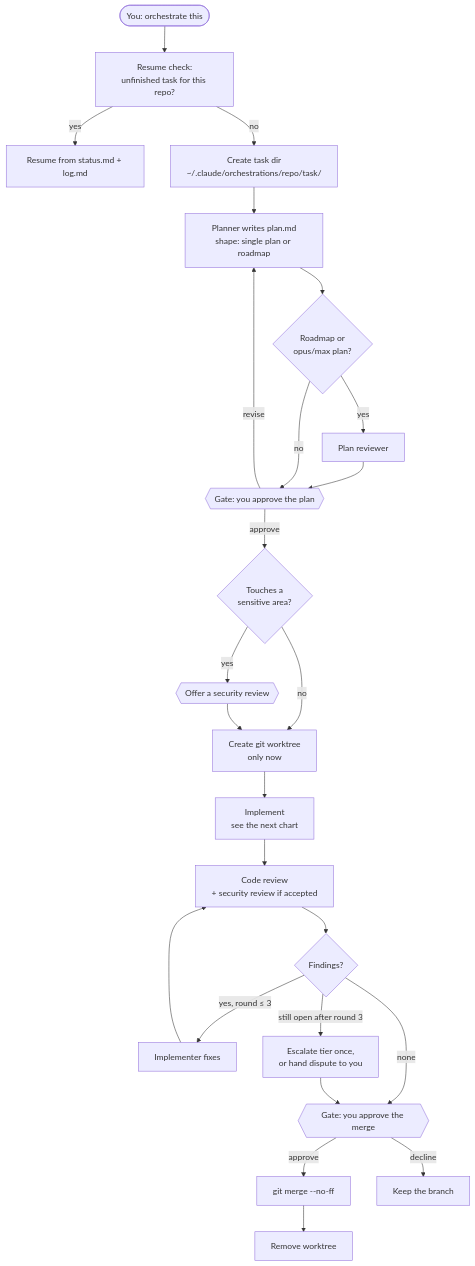
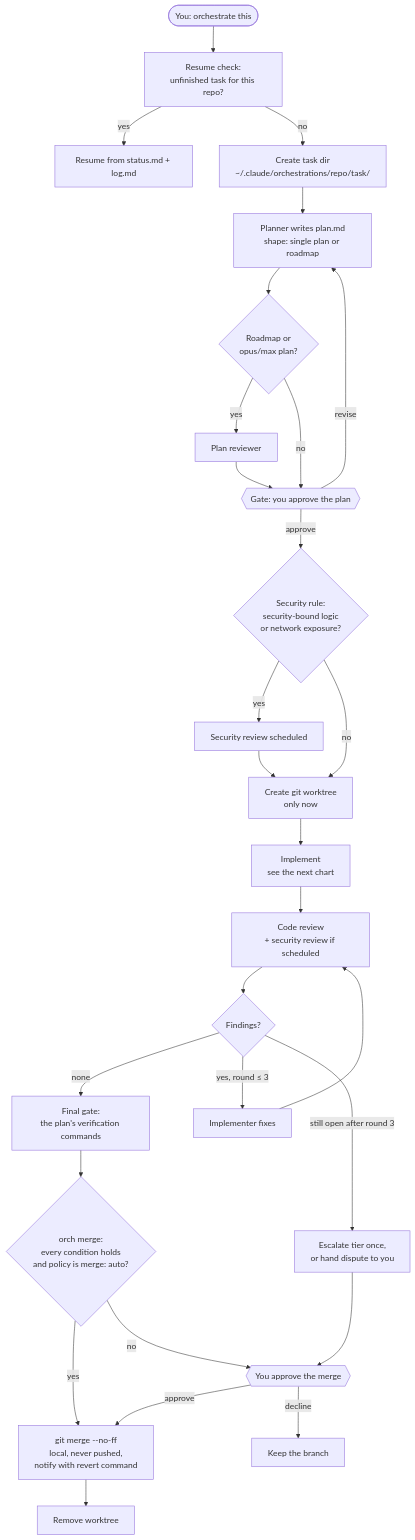
One commit to ijat/orch changed the second of 6 diagrams in README.md. Above: the diagram before and after it, drawn with Mermaid. The commit also changed other lines of this file and 111 other files, not shown here.

First line of the commit message:
Token replan: orch CLI, briefs, guarded auto-merge, migrate, dashboard, stop policy

````diff
--- a/README.md
+++ b/README.md
@@ -120,24 +137,28 @@
 ```mermaid
 flowchart TD
     A([You: orchestrate this]) --> B[Resume check:<br/>unfinished task for this repo?]
     B -->|yes| R[Resume from status.md + log.md]
     B -->|no| C[Create task dir<br/>~/.claude/orchestrations/repo/task/]
     C --> P[Planner writes plan.md<br/>shape: single plan or roadmap]
     P --> PR{Roadmap or<br/>opus/max plan?}
     PR -->|yes| PRV[Plan reviewer] --> G1
     PR -->|no| G1{{Gate: you approve the plan}}
     G1 -->|revise| P
-    G1 -->|approve| S{Touches a<br/>sensitive area?}
-    S -->|yes| SO{{Offer a security review}}
+    G1 -->|approve| S{Security rule:<br/>security-bound logic<br/>or network exposure?}
+    S -->|yes| SO[Security review scheduled]
     S -->|no| W
     SO --> W[Create git worktree<br/>only now]
     W --> I[Implement<br/>see the next chart]
-    I --> CR[Code review<br/>+ security review if accepted]
+    I --> CR[Code review<br/>+ security review if scheduled]
     CR --> F{Findings?}
-    F -->|none| G2
+    F -->|none| GT[Final gate:<br/>the plan's verification commands]
     F -->|yes, round ≤ 3| FX[Implementer fixes] --> CR
     F -->|still open after round 3| ESC[Escalate tier once,<br/>or hand dispute to you]
-    ESC --> G2{{Gate: you approve the merge}}
-    G2 -->|approve| M[git merge --no-ff] --> CL[Remove worktree]
+    ESC --> G2
+    GT --> MG{orch merge:<br/>every condition holds<br/>and policy is merge: auto?}
+    MG -->|yes| M[git merge --no-ff<br/>local, never pushed,<br/>notify with revert command]
+    MG -->|no| G2{{You approve the merge}}
+    G2 -->|approve| M
     G2 -->|decline| K[Keep the branch]
+    M --> CL[Remove worktree]
 ```
````
